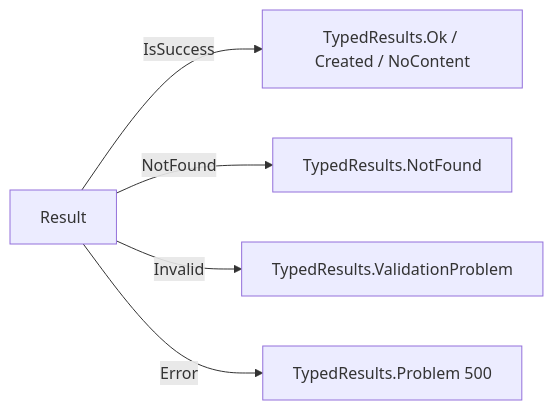
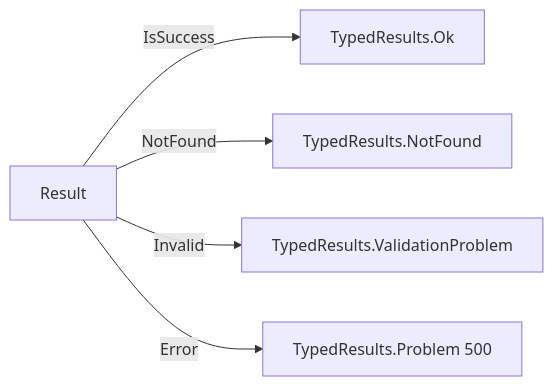
The diagram in docs/api.md (lurodrisilva/net-hexagonal), drawn with Mermaid before and after one commit. The commit also changed other lines of this file and 10 other files, not shown here.

````diff
--- a/docs/api.md
+++ b/docs/api.md
@@ -141,8 +164,8 @@
 ```mermaid
 flowchart LR
     R[Result<T>]
-    R -->|IsSuccess| S[TypedResults.Ok / Created / NoContent]
+    R -->|IsSuccess| S[TypedResults.Ok]
     R -->|NotFound| N[TypedResults.NotFound]
     R -->|Invalid| V[TypedResults.ValidationProblem]
     R -->|Error| P[TypedResults.Problem 500]
 ```
````
